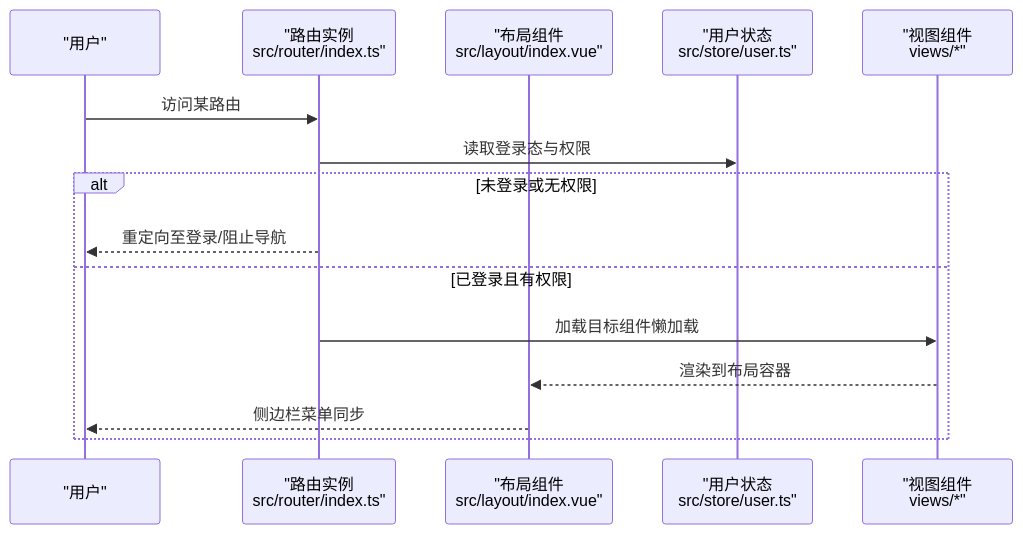
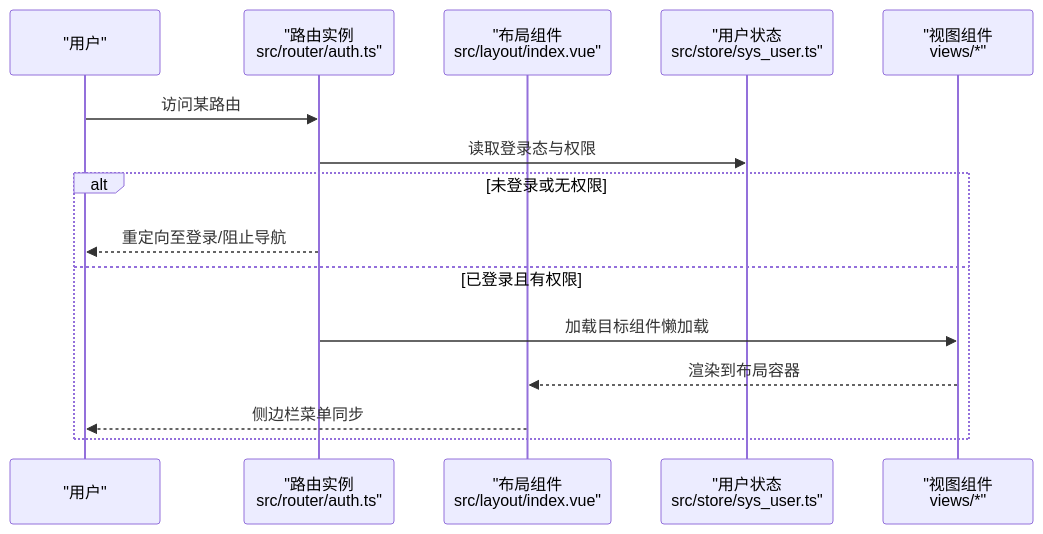
The second of 5 diagrams in .qoder/repowiki/zh/content/核心功能模块/路由系统.md (qiseyun/vue-ts-admin), drawn with Mermaid before and after one commit. The commit also changed other lines of this file and 42 other files, not shown here.

````diff
--- a/.qoder/repowiki/zh/content/核心功能模块/路由系统.md
+++ b/.qoder/repowiki/zh/content/核心功能模块/路由系统.md
@@ -86,17 +86,17 @@
 ```mermaid
 sequenceDiagram
 participant U as "用户"
-participant R as "路由实例<br/>src/router/index.ts"
+participant R as "路由实例<br/>src/router/auth.ts"
 participant L as "布局组件<br/>src/layout/index.vue"
-participant S as "用户状态<br/>src/store/user.ts"
+participant S as "用户状态<br/>src/store/sys_user.ts"
 participant V as "视图组件<br/>views/*"
 U->>R : 访问某路由
 R->>S : 读取登录态与权限
 alt 未登录或无权限
 R-->>U : 重定向至登录/阻止导航
 else 已登录且有权限
 R->>V : 加载目标组件懒加载
 V-->>L : 渲染到布局容器
 L-->>U : 侧边栏菜单同步
 end
 ```
````
